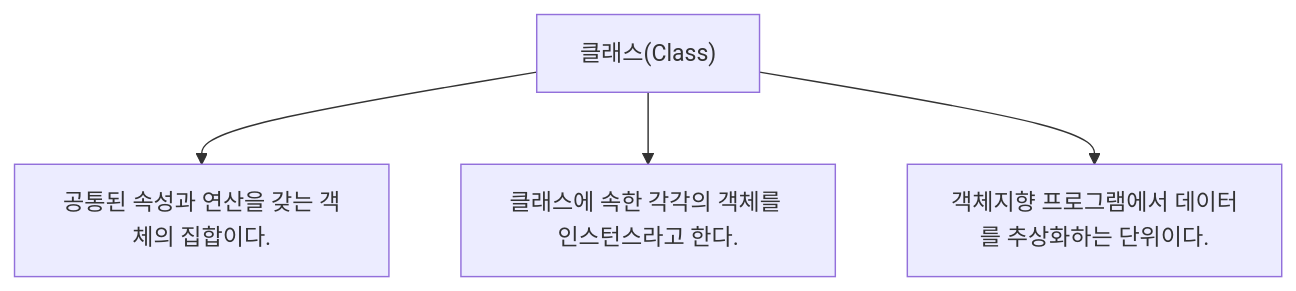
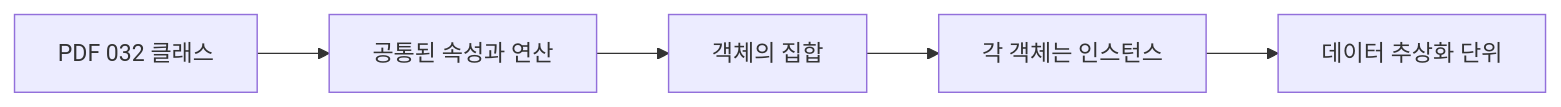
One commit to nes0903/study changed the second of 8 diagrams in 정보처리기사/1과목 소프트웨어 설계/032 클래스(Class)/032 클래스(Class).md. Above: the diagram before and after it, drawn with Mermaid. The commit also changed other lines of this file and 318 other files, not shown here.

````diff
--- a/정보처리기사/1과목 소프트웨어 설계/032 클래스(Class)/032 클래스(Class).md
+++ b/정보처리기사/1과목 소프트웨어 설계/032 클래스(Class)/032 클래스(Class).md
@@ -13,7 +37,8 @@
 ```mermaid
-flowchart TD
-    A["클래스(Class)"]
-    A --> N1["공통된 속성과 연산을 갖는 객체의 집합이다."]
-    A --> N2["클래스에 속한 각각의 객체를 인스턴스라고 한다."]
-    A --> N3["객체지향 프로그램에서 데이터를 추상화하는 단위이다."]
+flowchart LR
+    A["PDF 032 클래스"]
+    A --> B["공통된 속성과 연산"]
+    B --> C["객체의 집합"]
+    C --> D["각 객체는 인스턴스"]
+    D --> E["데이터 추상화 단위"]
 ```
````
